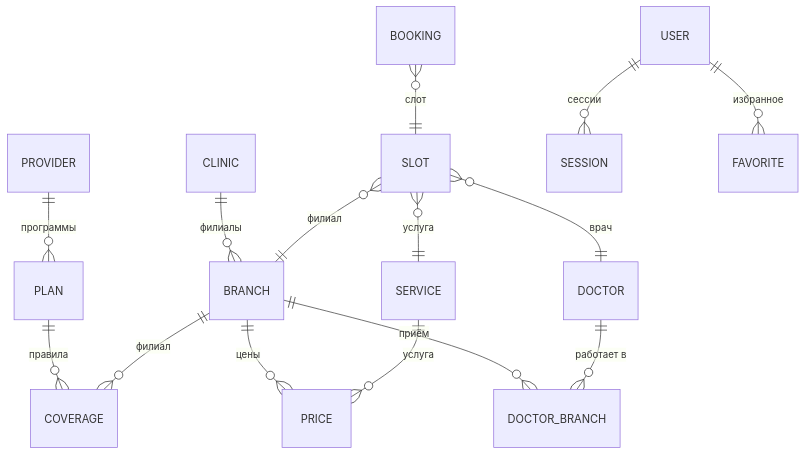
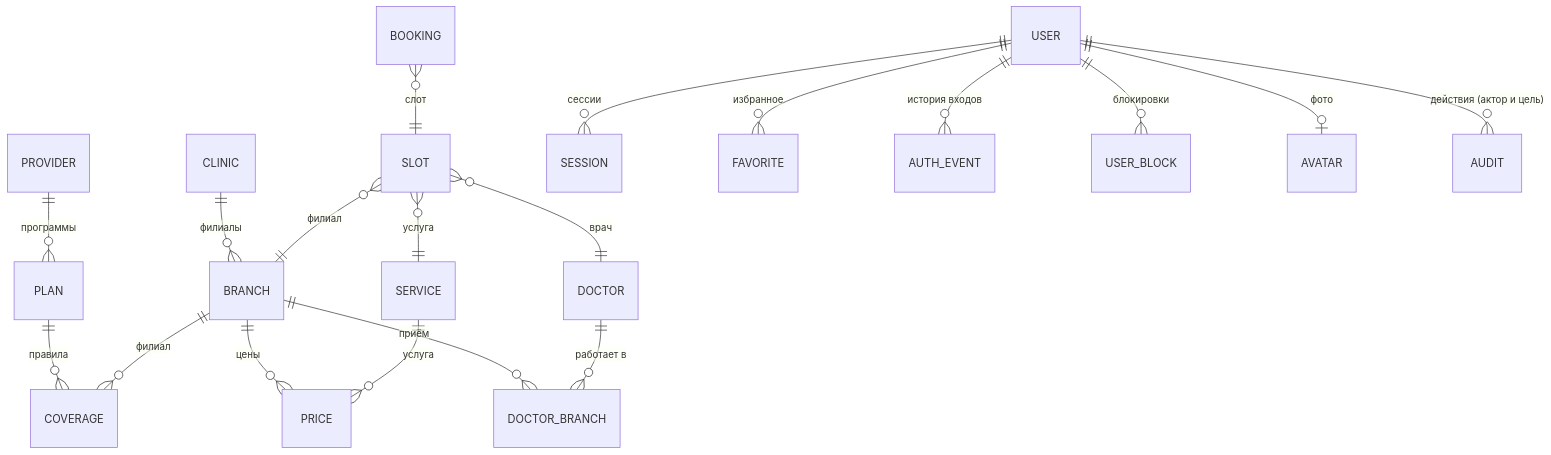
One commit to MaksimMerkushev/MedKarta changed the diagram in docs/13-data-model.md. Above: the diagram before and after it, drawn with Mermaid. The commit also changed other lines of this file and 16 other files, not shown here.

Commit message:
docs: accounts, roles, admin panel, API, schema 3 and release order

````diff
--- a/docs/13-data-model.md
+++ b/docs/13-data-model.md
@@ -7,17 +7,21 @@
 ```mermaid
 erDiagram
     CLINIC ||--o{ BRANCH : "филиалы"
     BRANCH ||--o{ DOCTOR_BRANCH : "приём"
     DOCTOR ||--o{ DOCTOR_BRANCH : "работает в"
     BRANCH ||--o{ PRICE : "цены"
     SERVICE ||--o{ PRICE : "услуга"
     PROVIDER ||--o{ PLAN : "программы"
     PLAN ||--o{ COVERAGE : "правила"
     BRANCH ||--o{ COVERAGE : "филиал"
     SLOT }o--|| DOCTOR : "врач"
     SLOT }o--|| BRANCH : "филиал"
     SLOT }o--|| SERVICE : "услуга"
     BOOKING }o--|| SLOT : "слот"
     USER ||--o{ SESSION : "сессии"
     USER ||--o{ FAVORITE : "избранное"
+    USER ||--o{ AUTH_EVENT : "история входов"
+    USER ||--o{ USER_BLOCK : "блокировки"
+    USER ||--o| AVATAR : "фото"
+    USER ||--o{ AUDIT : "действия (актор и цель)"
 ```
````
